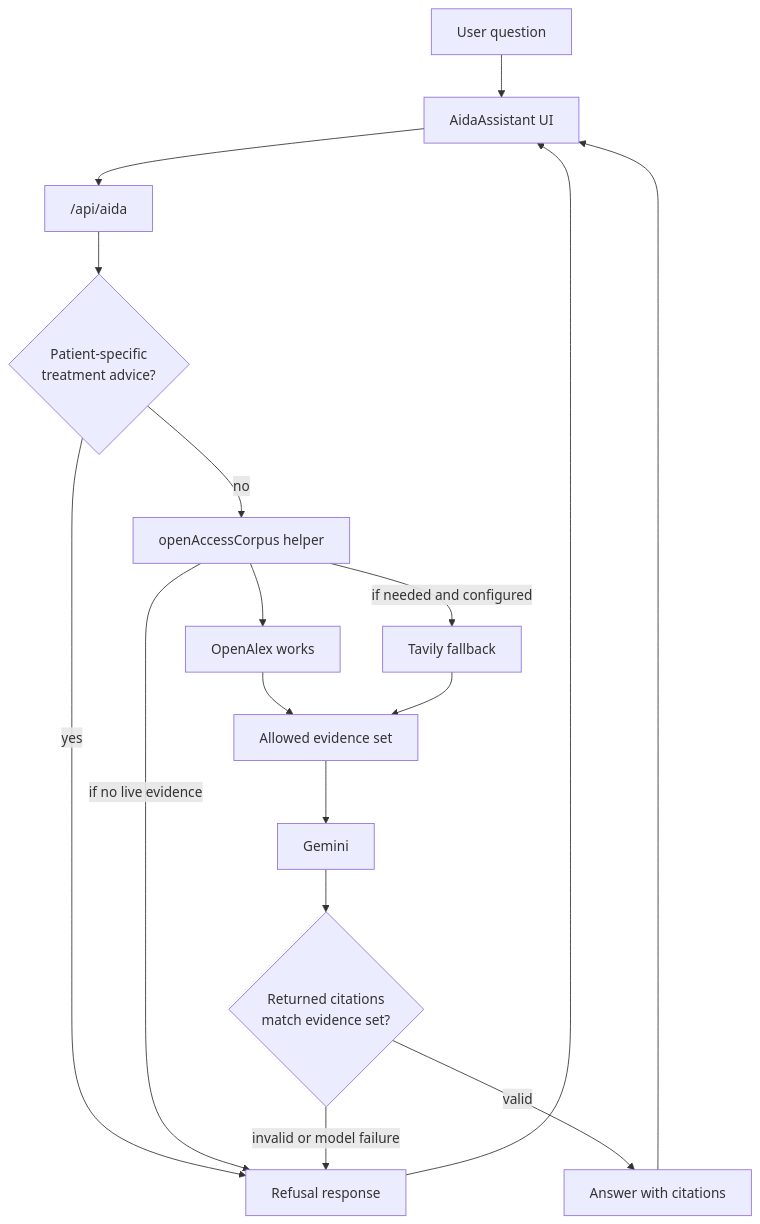
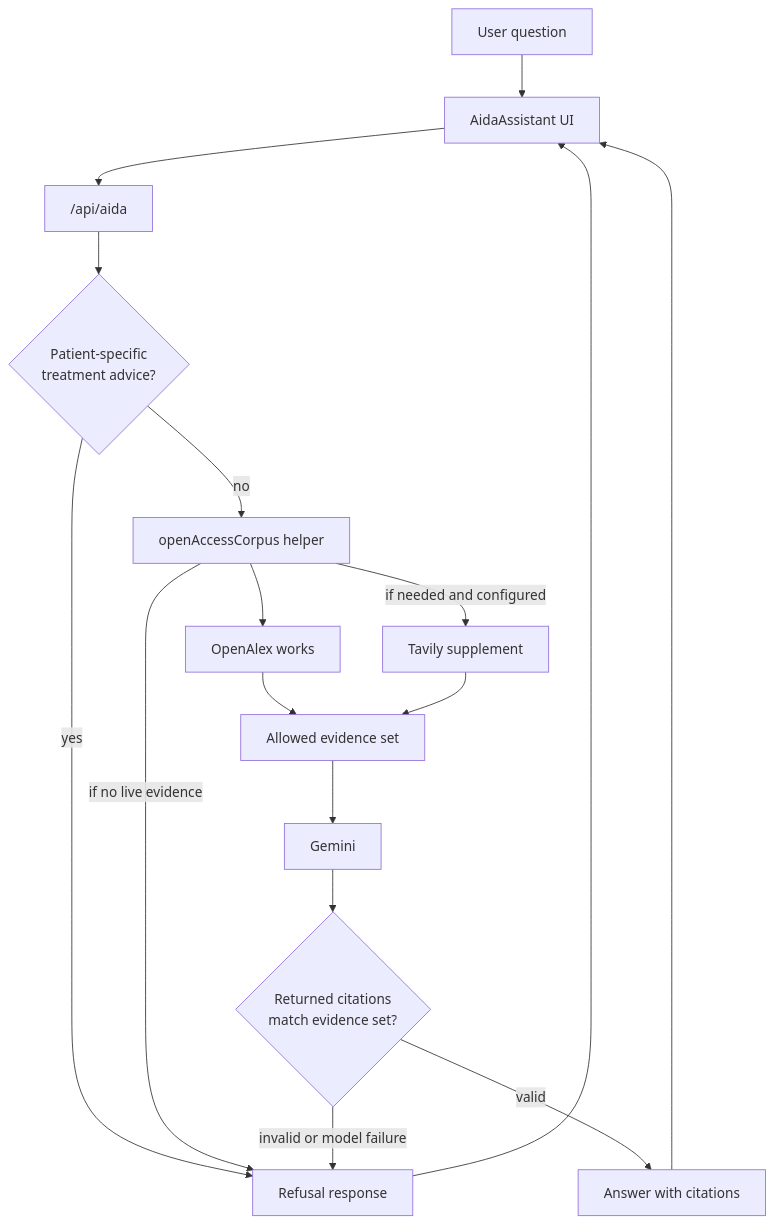
Before and after one commit to MasteraSnackin/Peerflow: the sixth of 17 diagrams in docs/DIAGRAMS.md, drawn with Mermaid. The commit also changed other lines of this file and 7 other files, not shown here.

````diff
--- a/docs/DIAGRAMS.md
+++ b/docs/DIAGRAMS.md
@@ -205,32 +205,32 @@
 ```mermaid
 flowchart TB
   User["User question"]
   AidaUI["AidaAssistant UI"]
   AidaRoute["/api/aida"]
   RefusalGuard{"Patient-specific<br/>treatment advice?"}
   Corpus["openAccessCorpus helper"]
   OpenAlex["OpenAlex works"]
-  Tavily["Tavily fallback"]
+  Tavily["Tavily supplement"]
   Evidence["Allowed evidence set"]
   Gemini["Gemini"]
   CitationCheck{"Returned citations<br/>match evidence set?"}
   Answer["Answer with citations"]
   Refusal["Refusal response"]
 
   User --> AidaUI
   AidaUI --> AidaRoute
   AidaRoute --> RefusalGuard
   RefusalGuard -->|"yes"| Refusal
   RefusalGuard -->|"no"| Corpus
   Corpus --> OpenAlex
   Corpus -->|"if needed and configured"| Tavily
   OpenAlex --> Evidence
   Tavily --> Evidence
   Corpus -->|"if no live evidence"| Refusal
   Evidence --> Gemini
   Gemini --> CitationCheck
   CitationCheck -->|"valid"| Answer
   CitationCheck -->|"invalid or model failure"| Refusal
   Answer --> AidaUI
   Refusal --> AidaUI
 ```
````
